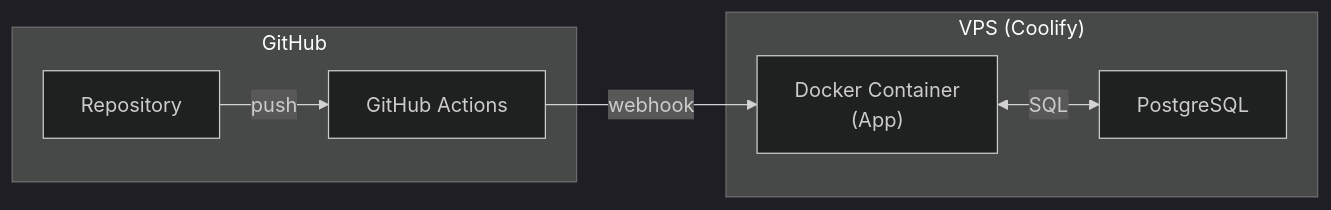
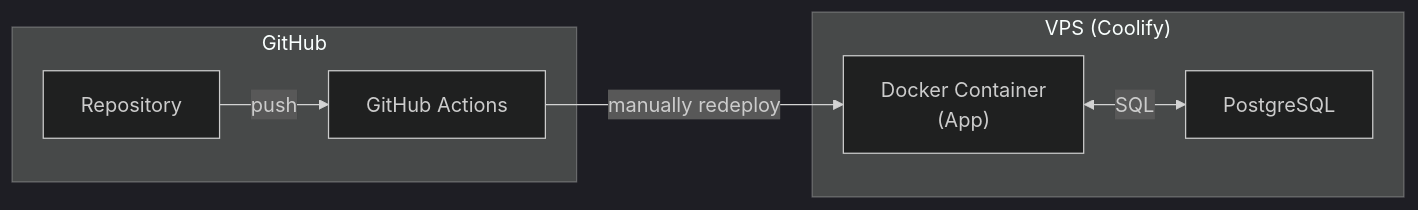
One commit to Xefreh/mine-adventure changed the first of 3 diagrams in report/07-ccp2-backend/04-deploiement.md. Above: the diagram before and after it, drawn with Mermaid (dark theme). The commit also changed other lines of this file and 11 other files, not shown here.

````diff
--- a/report/07-ccp2-backend/04-deploiement.md
+++ b/report/07-ccp2-backend/04-deploiement.md
@@ -11,16 +11,16 @@
 ```mermaid
 flowchart LR
     subgraph GitHub
         GR["Repository"]
         GA["GitHub Actions"]
     end
 
     subgraph VPS["VPS (Coolify)"]
         DC["Docker Container<br/>(App)"]
         PG["PostgreSQL"]
     end
 
     GR -->|"push"| GA
-    GA -->|"webhook"| DC
+    GA -->|"manually redeploy"| DC
     DC <-->|"SQL"| PG
 ```
````
